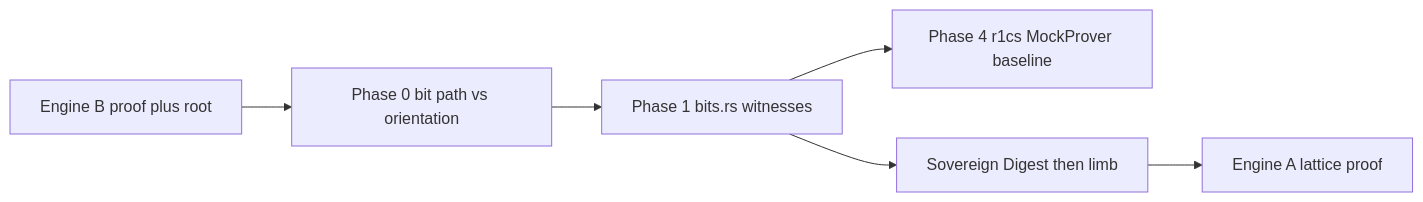
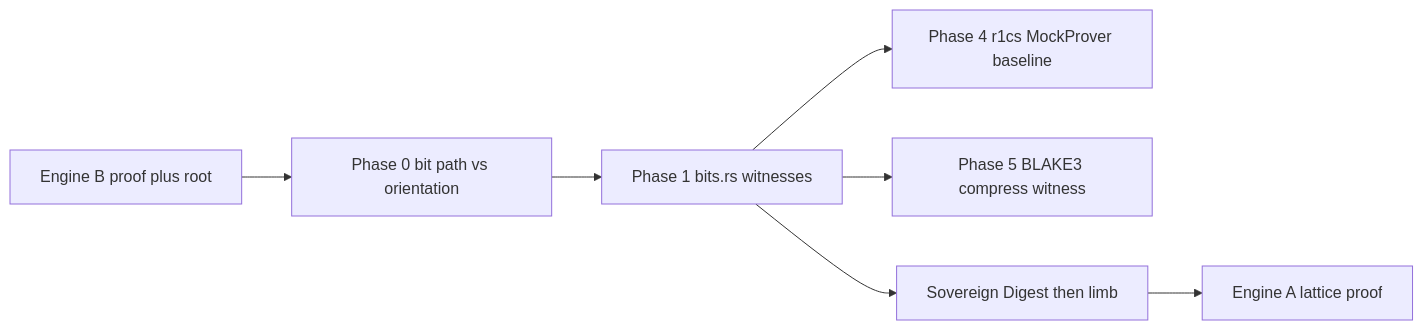
The diagram in docs/blake3-lattice-gadget-rust-plan.md (peavey2787/qssm-rs), drawn with Mermaid before and after one commit. The commit also changed other lines of this file and 4 other files, not shown here.

First line of the commit message:
feat(gadget): implement Phase 5 Compression Engine & Merkle Witness

````diff
--- a/docs/blake3-lattice-gadget-rust-plan.md
+++ b/docs/blake3-lattice-gadget-rust-plan.md
@@ -95,11 +96,13 @@
 ```mermaid
 flowchart LR
   MS[Engine B proof plus root]
   P0[Phase 0 bit path vs orientation]
   Bits[Phase 1 bits.rs witnesses]
   R4[Phase 4 r1cs MockProver baseline]
+  P5[Phase 5 BLAKE3 compress witness]
   SD[Sovereign Digest then limb]
   LE[Engine A lattice proof]
   MS --> P0 --> Bits --> SD --> LE
   Bits --> R4
+  Bits --> P5
 ```
````
